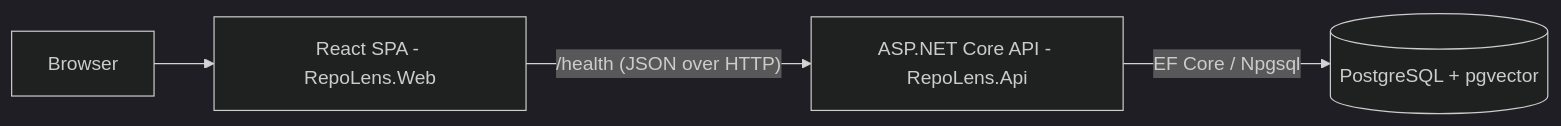
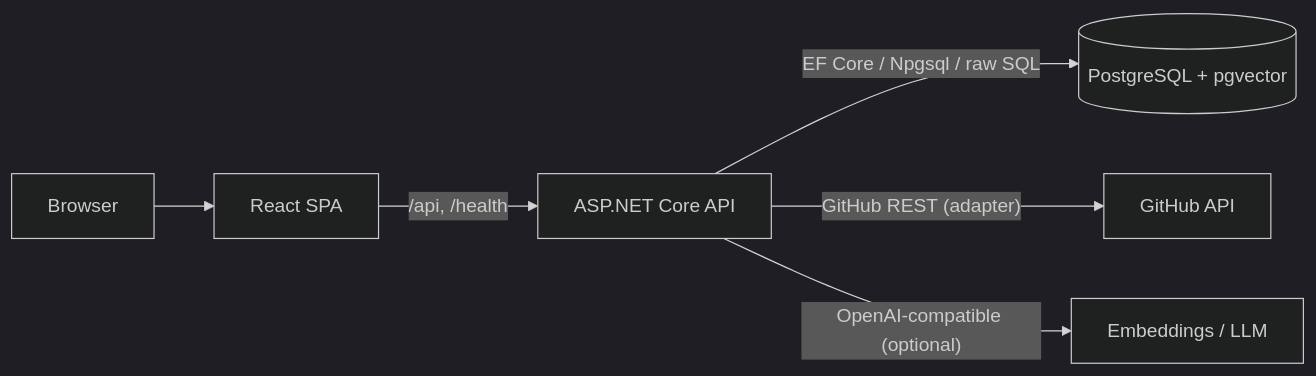
Before and after one commit to f0rknturkoglu/repolens: the diagram in docs/architecture.md, drawn with Mermaid (dark theme). The commit also changed other lines of this file and 38 other files, not shown here.

````diff
--- a/docs/architecture.md
+++ b/docs/architecture.md
@@ -8,6 +6,8 @@
 ```mermaid
 flowchart LR
-    B[Browser] --> W[React SPA - RepoLens.Web]
-    W -- "/health (JSON over HTTP)" --> A[ASP.NET Core API - RepoLens.Api]
-    A -- "EF Core / Npgsql" --> P[(PostgreSQL + pgvector)]
+    B[Browser] --> W[React SPA]
+    W -- "/api, /health" --> A[ASP.NET Core API]
+    A -- "EF Core / Npgsql / raw SQL" --> P[(PostgreSQL + pgvector)]
+    A -- "GitHub REST (adapter)" --> G[GitHub API]
+    A -- "OpenAI-compatible (optional)" --> E[Embeddings / LLM]
 ```
````
